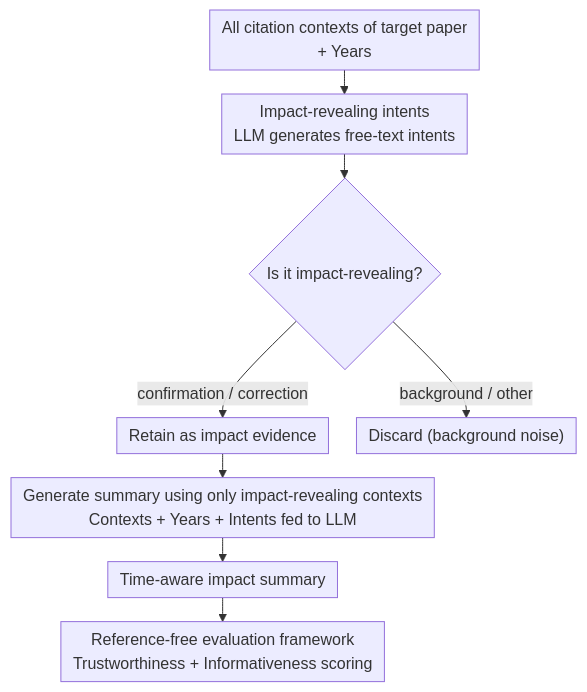
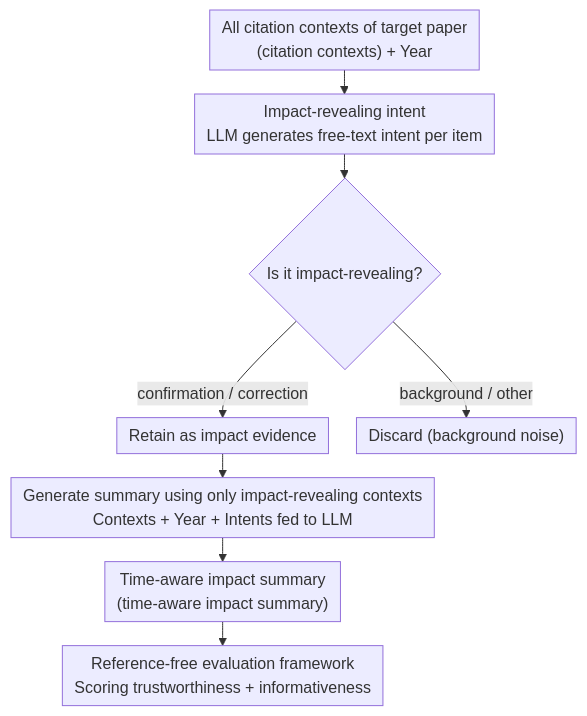
Before and after one commit to zhaoyang97/Paper-Notes-en: the diagram in docs/ACL2026/nlp_generation/in-depth_research_impact_summarization_through_fine-grained_temporal_citation_an.md, drawn with Mermaid. The commit also changed other lines of this file and 5084 other files, not shown here.

````diff
--- a/docs/ACL2026/nlp_generation/in-depth_research_impact_summarization_through_fine-grained_temporal_citation_an.md
+++ b/docs/ACL2026/nlp_generation/in-depth_research_impact_summarization_through_fine-grained_temporal_citation_an.md
@@ -42,11 +42,11 @@
 ```mermaid
 %%{init: {'flowchart': {'rankSpacing': 24, 'nodeSpacing': 28, 'padding': 6, 'wrappingWidth': 400}}}%%
 flowchart TD
-    A["All citation contexts of target paper<br/>+ Years"] --> B["Impact-revealing intents<br/>LLM generates free-text intents"]
+    A["All citation contexts of target paper<br/>(citation contexts) + Year"] --> B["Impact-revealing intent<br/>LLM generates free-text intent per item"]
     B --> C{"Is it impact-revealing?"}
     C -->|"confirmation / correction"| D["Retain as impact evidence"]
     C -->|"background / other"| E["Discard (background noise)"]
-    D --> F["Generate summary using only impact-revealing contexts<br/>Contexts + Years + Intents fed to LLM"]
-    F --> G["Time-aware impact summary"]
-    G --> H["Reference-free evaluation framework<br/>Trustworthiness + Informativeness scoring"]
+    D --> F["Generate summary using only impact-revealing contexts<br/>Contexts + Year + Intents fed to LLM"]
+    F --> G["Time-aware impact summary<br/>(time-aware impact summary)"]
+    G --> H["Reference-free evaluation framework<br/>Scoring trustworthiness + informativeness"]
 ```
````
